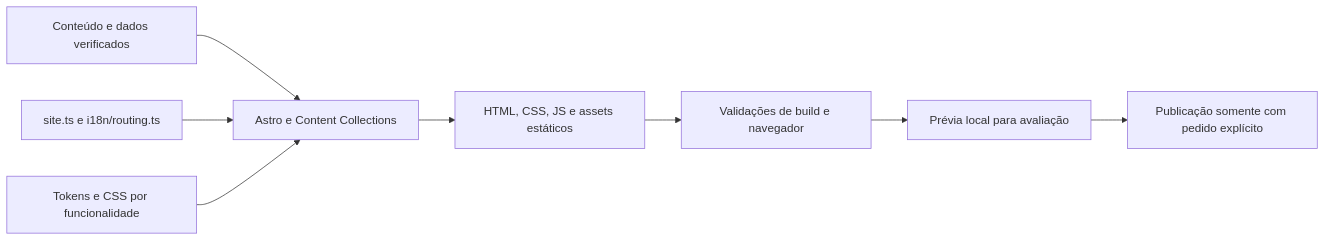
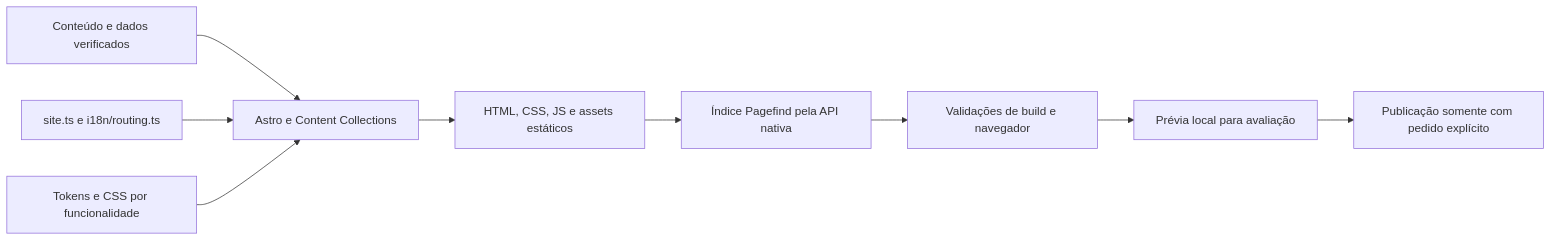
Before and after one commit to ViktorWalde/KineinSite: the diagram in docs/modernizacao/ARQUITETURA.md, drawn with Mermaid. The commit also changed other lines of this file and 35 other files, not shown here.

````diff
--- a/docs/modernizacao/ARQUITETURA.md
+++ b/docs/modernizacao/ARQUITETURA.md
@@ -13,10 +13,11 @@
 ```mermaid
 flowchart LR
   C[Conteúdo e dados verificados] --> A[Astro e Content Collections]
   R[site.ts e i18n/routing.ts] --> A
   T[Tokens e CSS por funcionalidade] --> A
   A --> D[HTML, CSS, JS e assets estáticos]
-  D --> V[Validações de build e navegador]
+  D --> I[Índice Pagefind pela API nativa]
+  I --> V[Validações de build e navegador]
   V --> L[Prévia local para avaliação]
   L --> P[Publicação somente com pedido explícito]
 ```
````
